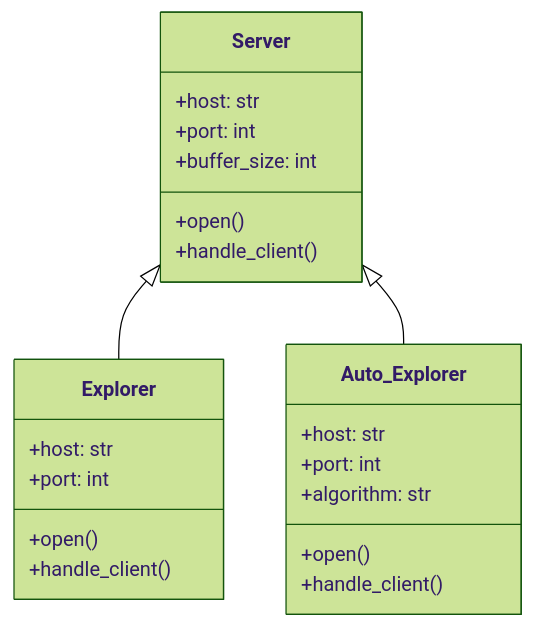
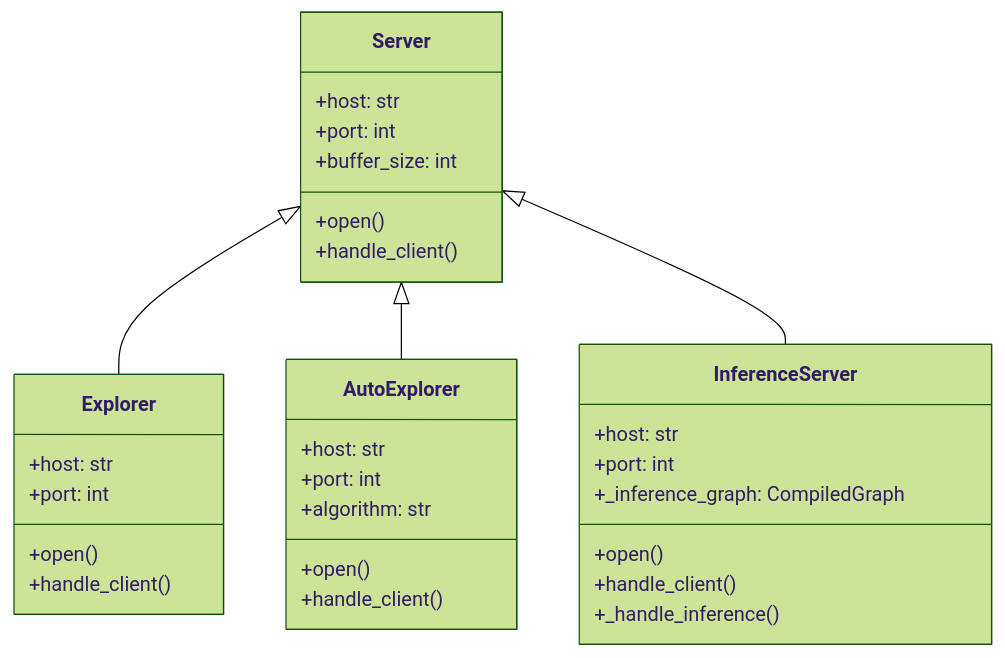
One commit to SaFD-00/MobileGPT-V2 changed the third of 19 diagrams in ARCHITECTURE.md. Above: the diagram before and after it, drawn with Mermaid (forest theme). The commit also changed other lines of this file and 24 other files, not shown here.

First line of the commit message:
feat: Add LangGraph inference server with auto subtask selection and verification

````diff
--- a/ARCHITECTURE.md
+++ b/ARCHITECTURE.md
@@ -166,28 +191,38 @@
 ```mermaid
 classDiagram
     class Server {
         +host: str
         +port: int
         +buffer_size: int
         +open()
         +handle_client()
     }
 
     class Explorer {
         +host: str
         +port: int
         +open()
         +handle_client()
     }
 
-    class Auto_Explorer {
+    class AutoExplorer {
         +host: str
         +port: int
         +algorithm: str
         +open()
         +handle_client()
     }
 
+    class InferenceServer {
+        +host: str
+        +port: int
+        +_inference_graph: CompiledGraph
+        +open()
+        +handle_client()
+        +_handle_inference()
+    }
+
     Server <|-- Explorer
-    Server <|-- Auto_Explorer
+    Server <|-- AutoExplorer
+    Server <|-- InferenceServer
 ```
````
